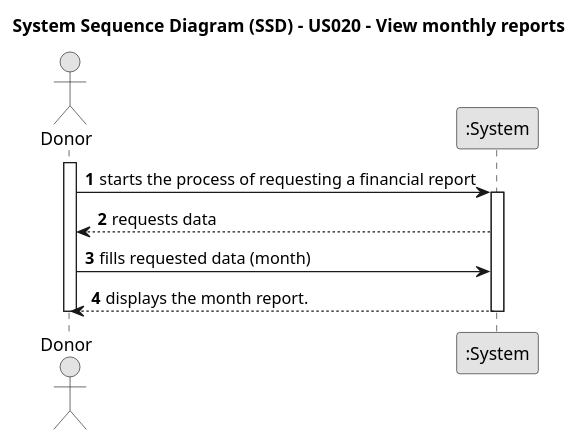
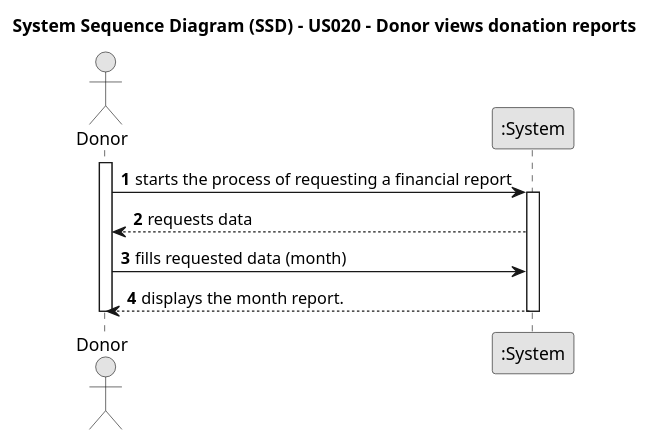
One commit to tbarracha/Upskill-Sprint-2-Gladly-Given changed the diagram in javaSprint2GladlyGiven/Docs/UseCases/uc020/requirements/puml/uc020-SSD.puml. Above: the diagram before and after it, drawn with PlantUML. The commit also changed 30 other files, not shown here.

```diff
--- a/javaSprint2GladlyGiven/Docs/UseCases/uc020/requirements/puml/uc020-SSD.puml
+++ b/javaSprint2GladlyGiven/Docs/UseCases/uc020/requirements/puml/uc020-SSD.puml
@@ -1,23 +1,23 @@
 @startuml
 skinparam monochrome true
 skinparam packageStyle rectangle
 skinparam shadowing false
 
-title System Sequence Diagram (SSD) - US020 - View monthly reports
+title System Sequence Diagram (SSD) - US020 - Donor views donation reports
 
 autonumber
 
 actor Donor
 participant ":System" as System
 
 activate Donor
     Donor -> System : starts the process of requesting a financial report
     activate System
         System --> Donor : requests data
         Donor -> System : fills requested data (month)
         System --> Donor : displays the month report.
     deactivate System
 deactivate Donor
 
 
 @enduml
```
